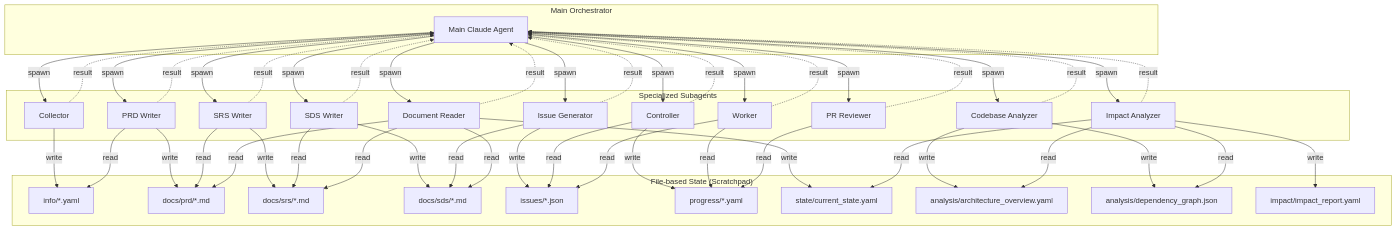
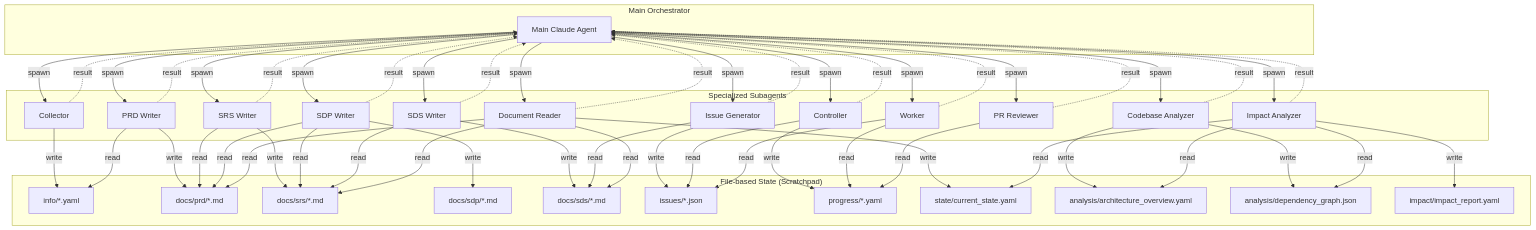
Before and after one commit to kcenon/claude_code_agent: the second of 7 diagrams in docs/system-architecture.kr.md, drawn with Mermaid. The commit also changed other lines of this file and 16 other files, not shown here.

First line of the commit message:
feat(sdp-writer): add Software Development Plan writer agent (#758)

```diff
--- a/docs/system-architecture.kr.md
+++ b/docs/system-architecture.kr.md
@@ -96,6 +99,7 @@
         A1[Collector]
         A2[PRD Writer]
         A3[SRS Writer]
+        A3B[SDP Writer]
         A4[SDS Writer]
         A5[Issue Generator]
         A6[Controller]
@@ -110,6 +114,7 @@
         S1[info/*.yaml]
         S2[docs/prd/*.md]
         S3[docs/srs/*.md]
+        S3B[docs/sdp/*.md]
         S4[docs/sds/*.md]
         S5[issues/*.json]
         S6[progress/*.yaml]
@@ -122,6 +127,7 @@
     MAIN -->|spawn| A1
     MAIN -->|spawn| A2
     MAIN -->|spawn| A3
+    MAIN -->|spawn| A3B
     MAIN -->|spawn| A4
     MAIN -->|spawn| A5
     MAIN -->|spawn| A6
@@ -136,6 +142,9 @@
     A2 -->|write| S2
     A3 -->|read| S2
     A3 -->|write| S3
+    A3B -->|read| S2
+    A3B -->|read| S3
+    A3B -->|write| S3B
     A4 -->|read| S3
     A4 -->|write| S4
     A5 -->|read| S4
@@ -161,6 +170,7 @@
     A1 -.->|result| MAIN
     A2 -.->|result| MAIN
     A3 -.->|result| MAIN
+    A3B -.->|result| MAIN
     A4 -.->|result| MAIN
     A5 -.->|result| MAIN
     A6 -.->|result| MAIN
```
